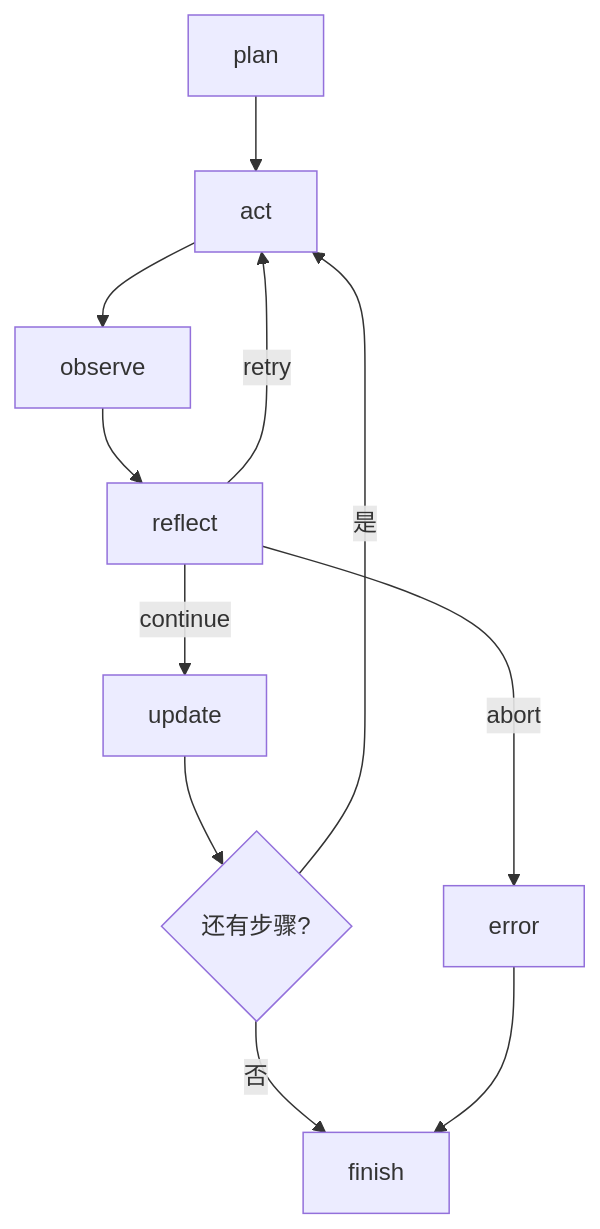
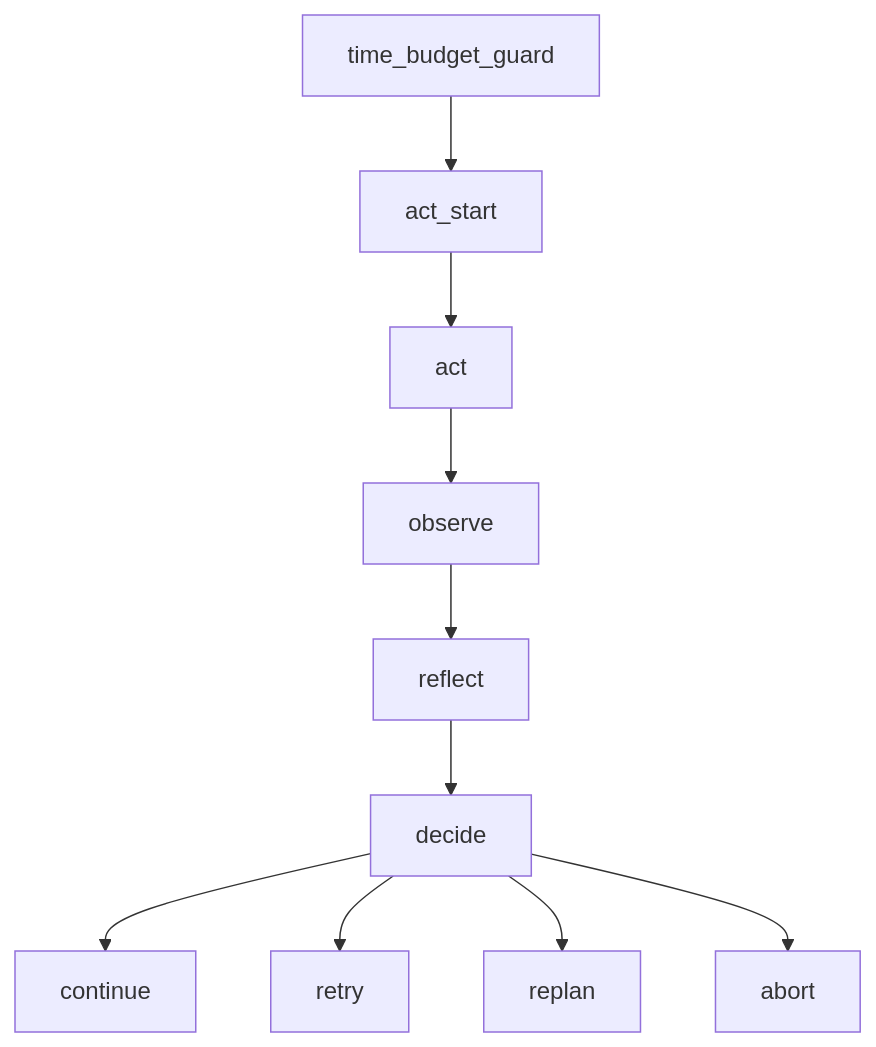
Before and after one commit to 869413421/build_agent: the fourth of 4 diagrams in docs/tutorials/03-从0到1工业级Agent框架打造-第三章-Engine循环-反思机制与生产约束.md, drawn with Mermaid. The commit also changed other lines of this file and 12 other files, not shown here.

````diff
--- a/docs/tutorials/03-从0到1工业级Agent框架打造-第三章-Engine循环-反思机制与生产约束.md
+++ b/docs/tutorials/03-从0到1工业级Agent框架打造-第三章-Engine循环-反思机制与生产约束.md
@@ -281,13 +164,12 @@
 ```mermaid
 flowchart TD
-    A[plan] --> B[act]
-    B --> C[observe]
-    C --> D[reflect]
-    D -->|continue| E[update]
-    D -->|retry| B
-    D -->|abort| F[error]
-    E --> G{还有步骤?}
-    G -->|是| B
-    G -->|否| H[finish]
-    F --> H
+  A[time_budget_guard] --> B[act_start]
+  B --> C[act]
+  C --> D[observe]
+  D --> E[reflect]
+  E --> F[decide]
+  F --> G[continue]
+  F --> H[retry]
+  F --> I[replan]
+  F --> J[abort]
 ```
````
